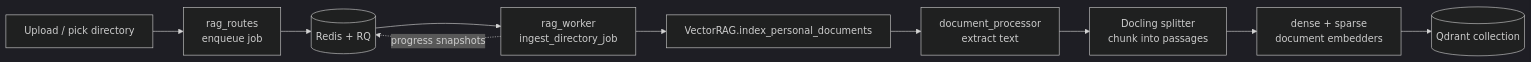
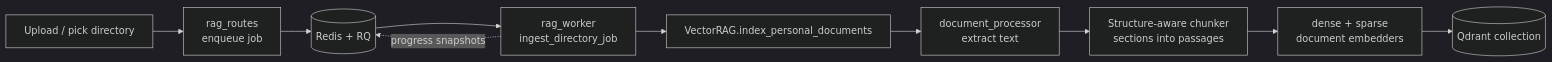
One commit to MosesCommitsFraud/Talos changed the first of 2 diagrams in docs/architecture/rag-pipeline.md. Above: the diagram before and after it, drawn with Mermaid (dark theme). The commit also changed other lines of this file and 5 other files, not shown here.

First line of the commit message:
RAG: one section-aware chunker, chapters no longer torn apart

````diff
--- a/docs/architecture/rag-pipeline.md
+++ b/docs/architecture/rag-pipeline.md
@@ -28,12 +28,12 @@
 ```mermaid
 flowchart LR
   A[Upload / pick directory] --> B[rag_routes<br/>enqueue job]
   B --> C[(Redis + RQ)]
   C --> D[rag_worker<br/>ingest_directory_job]
   D --> E[VectorRAG.index_personal_documents]
   E --> F[document_processor<br/>extract text]
-  F --> G[Docling splitter<br/>chunk into passages]
+  F --> G[Structure-aware chunker<br/>sections into passages]
   G --> H[dense + sparse<br/>document embedders]
   H --> I[(Qdrant collection)]
   D -. progress snapshots .-> C
 ```
````
